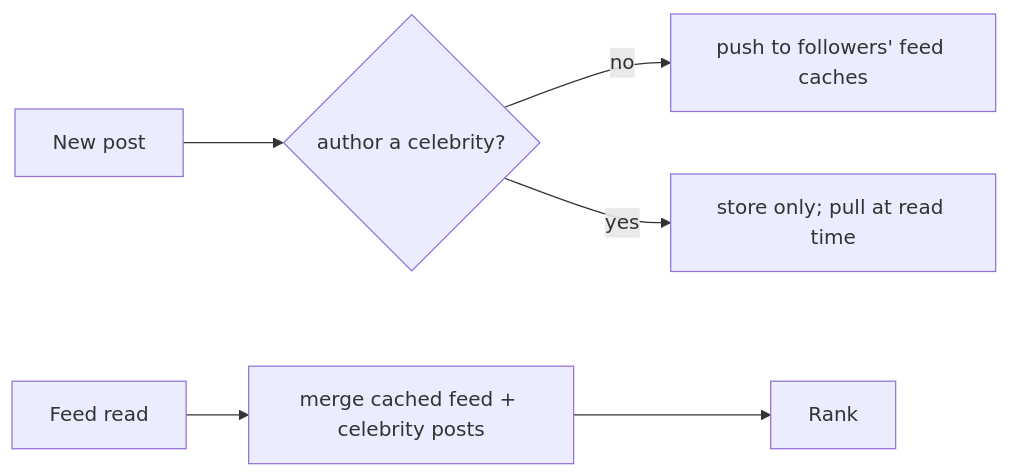
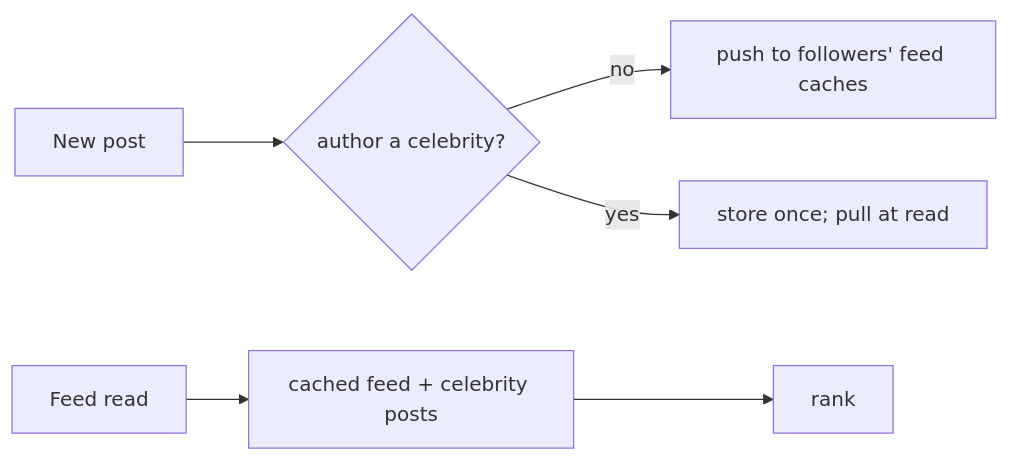
One commit to hiepgithub2001/swedocs changed the second of 2 diagrams in system-design/2-case-studies/news-feed.md. Above: the diagram before and after it, drawn with Mermaid. The commit also changed other lines of this file and 4 other files, not shown here.

````diff
--- a/system-design/2-case-studies/news-feed.md
+++ b/system-design/2-case-studies/news-feed.md
@@ -82,7 +98,7 @@
 ```mermaid
 flowchart LR
     Post[New post] --> Q{author a celebrity?}
     Q -->|no| Push[push to followers' feed caches]
-    Q -->|yes| Skip[store only; pull at read time]
-    Read[Feed read] --> Merge[merge cached feed + celebrity posts] --> Rank
+    Q -->|yes| Store[store once; pull at read]
+    Read[Feed read] --> Merge[cached feed + celebrity posts] --> Rank[rank]
 ```
````
